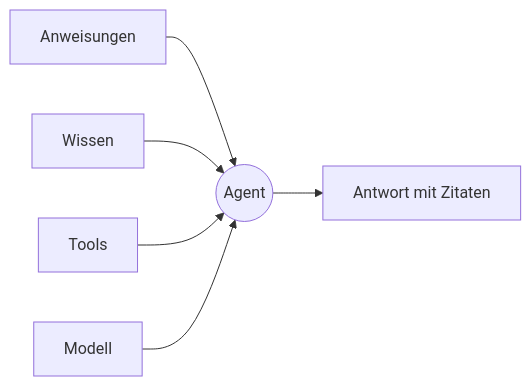
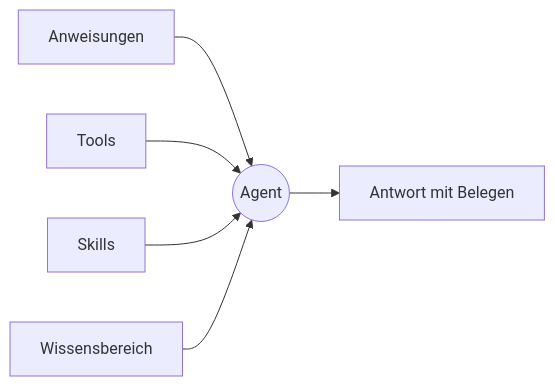
Before and after one commit to tale-project/tale: the diagram in docs/de/platform/agents/concepts.md, drawn with Mermaid. The commit also changed other lines of this file and 4688 other files, not shown here.

````diff
--- a/docs/de/platform/agents/concepts.md
+++ b/docs/de/platform/agents/concepts.md
@@ -26,8 +28,8 @@
 ```mermaid
 flowchart LR
     I[Anweisungen] --> A((Agent))
-    K[Wissen] --> A
     T[Tools] --> A
-    M[Modell] --> A
-    A --> R[Antwort mit Zitaten]
+    S[Skills] --> A
+    K[Wissensbereich] --> A
+    A --> R[Antwort mit Belegen]
 ```
````
